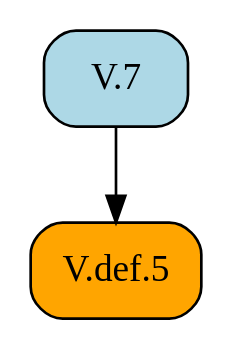
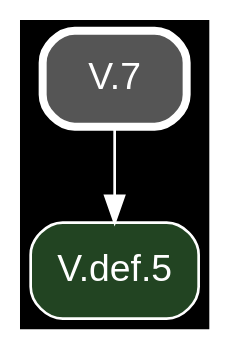
The diagram in docsrc/heath/V/7/index.rst (geometor/elements), drawn with Graphviz before and after one commit. The commit also changed other lines of this file and 1200 other files, not shown here.

Commit message:
update dependency graphs

```diff
--- a/docsrc/heath/V/7/index.rst
+++ b/docsrc/heath/V/7/index.rst
@@ -75,9 +75,11 @@
 .. graphviz::
 
    digraph {
+     bgcolor="black";
+     node [shape=box, style="rounded,filled", fontname="Helvetica", color="white", fontcolor="white"];
+     edge [color="white", fontcolor="white"];
      rankdir="TB";
-     node [shape=box, style=rounded];
-     "V.def.5" [style="rounded,filled", fillcolor=orange, URL="/heath/V/def.5/", target="_top"];
-     "V.7" [style="rounded,filled", fillcolor=lightblue, URL="/heath/V/7/", target="_top"];
+     "V.def.5" [fillcolor="#224422", URL="/heath/V/def.5/", target="_top"];
+     "V.7" [penwidth=3, color="white", fillcolor="#555555", URL="/heath/V/7/", target="_top"];
      "V.7" -> "V.def.5";
    }
```
